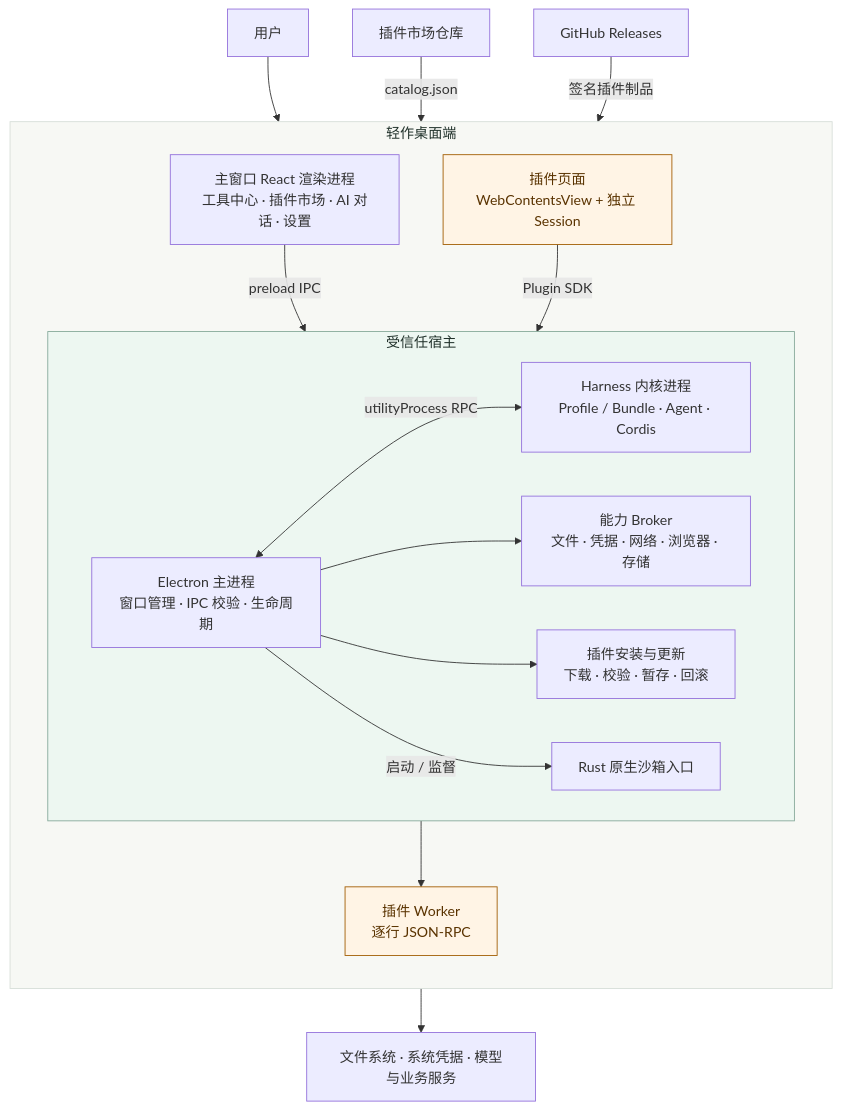
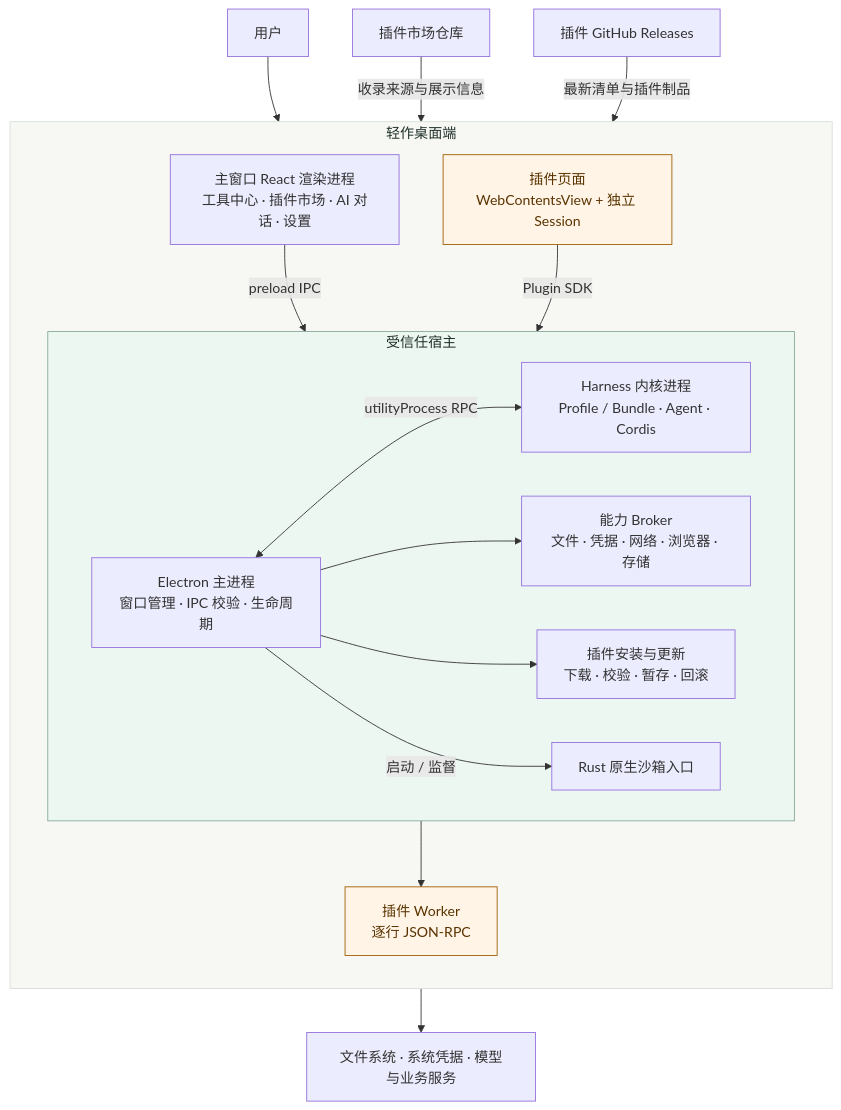
The first of 3 diagrams in docs/architecture.md (ZhiPenTu/qingzuo-desktop), drawn with Mermaid before and after one commit. The commit also changed 12 other files, not shown here.

````diff
--- a/docs/architecture.md
+++ b/docs/architecture.md
@@ -15,37 +15,37 @@
 ```mermaid
 flowchart TB
   User["用户"] --> Shell
 
   subgraph app["轻作桌面端"]
     direction TB
     Shell["主窗口 React 渲染进程<br/>工具中心 · 插件市场 · AI 对话 · 设置"]
     PluginUI["插件页面<br/>WebContentsView + 独立 Session"]
 
     subgraph host["受信任宿主"]
       direction LR
       Main["Electron 主进程<br/>窗口管理 · IPC 校验 · 生命周期"]
       Brokers["能力 Broker<br/>文件 · 凭据 · 网络 · 浏览器 · 存储"]
       Installer["插件安装与更新<br/>下载 · 校验 · 暂存 · 回滚"]
       Kernel["Harness 内核进程<br/>Profile / Bundle · Agent · Cordis"]
       Launcher["Rust 原生沙箱入口"]
     end
 
     Worker["插件 Worker<br/>逐行 JSON-RPC"]
   end
 
-  Market["插件市场仓库"] -->|"catalog.json"| Installer
-  Releases["GitHub Releases"] -->|"签名插件制品"| Installer
+  Market["插件市场仓库"] -->|"收录来源与展示信息"| Installer
+  Releases["插件 GitHub Releases"] -->|"最新清单与插件制品"| Installer
   Shell -->|"preload IPC"| Main
   PluginUI -->|"Plugin SDK"| Main
   Main <-->|"utilityProcess RPC"| Kernel
   Main --> Brokers
   Main --> Installer
   Main -->|"启动 / 监督"| Launcher
   Launcher --> Worker
   Brokers --> External["文件系统 · 系统凭据 · 模型与业务服务"]
 
   classDef untrusted fill:#fff4e5,stroke:#a15c00,color:#5a3300;
   class PluginUI,Worker untrusted;
   style app fill:#f7f8f4,stroke:#d7ded8,color:#20312a
   style host fill:#edf7f1,stroke:#86a99a,color:#20312a
 ```
````
